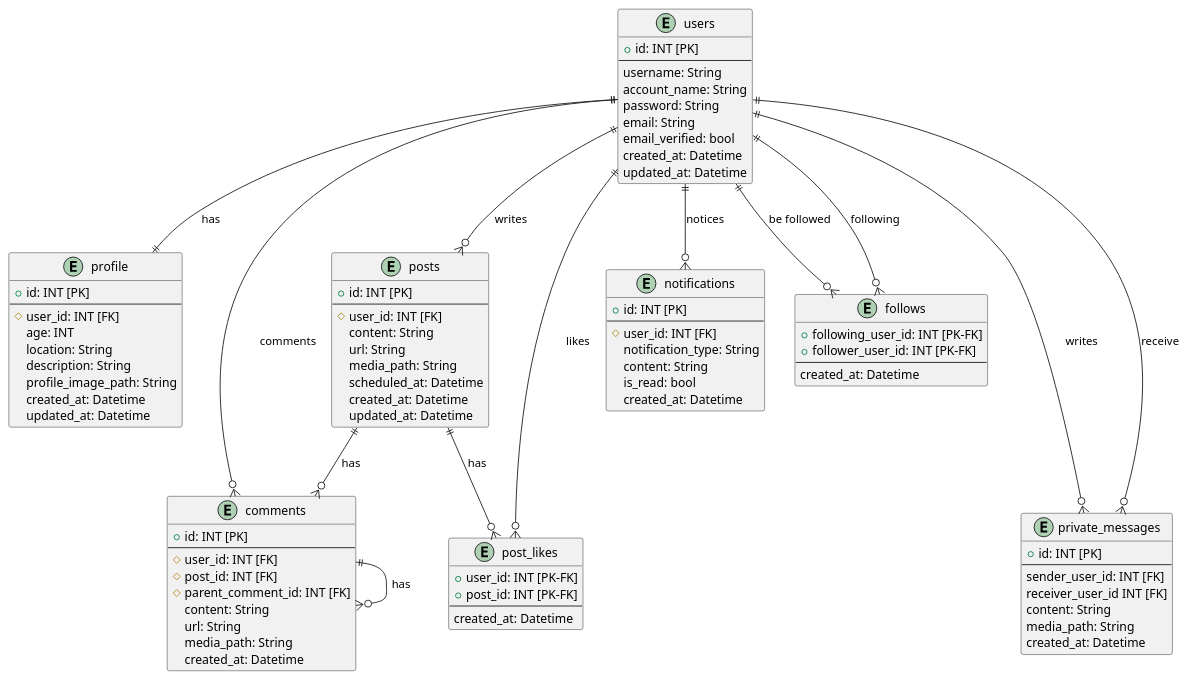
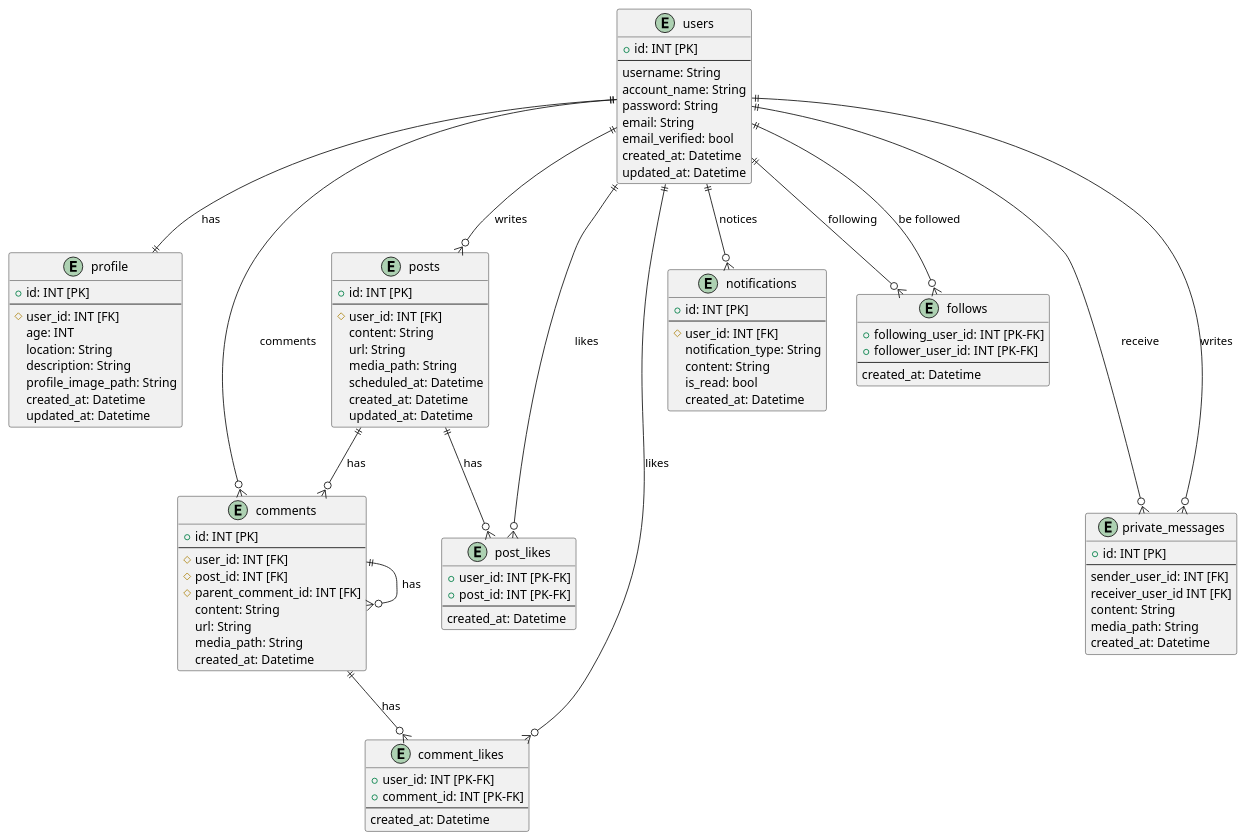
The diagram in diagrams/er/er.pu (AkinoJoey/SocialNetworkingService), drawn with PlantUML before and after one commit.

Commit message:
comment_likesエンティティを追加

```diff
--- a/diagrams/er/er.pu
+++ b/diagrams/er/er.pu
@@ -1,99 +1,108 @@
 @startuml er
 
 Entity users{
     + id: INT [PK]
     --
     username: String
     account_name: String
     password: String
     email: String
     email_verified: bool
     created_at: Datetime
     updated_at: Datetime
 }
 
 Entity profile{
     + id: INT [PK]
     --
     # user_id: INT [FK]
     age: INT
     location: String
     description: String
     profile_image_path: String
     created_at: Datetime
     updated_at: Datetime
 }
 
 Entity posts{
     + id: INT [PK]
     --
     # user_id: INT [FK]
     content: String
     url: String
     media_path: String
     scheduled_at: Datetime
     created_at: Datetime
     updated_at: Datetime
 }
 
 Entity comments{
     + id: INT [PK]
     --
     # user_id: INT [FK]
     # post_id: INT [FK]
     # parent_comment_id: INT [FK]
     content: String
     url: String
     media_path: String
     created_at: Datetime
 }
 
 Entity post_likes{
     + user_id: INT [PK-FK]
     + post_id: INT [PK-FK]
     --
     created_at: Datetime
 }
 
+Entity comment_likes{
+    + user_id: INT [PK-FK]
+    + comment_id: INT [PK-FK]
+    --
+    created_at: Datetime
+}
+
 Entity notifications{
     + id: INT [PK]
     --
     # user_id: INT [FK]
     notification_type: String
     content: String
     is_read: bool
     created_at: Datetime
 }
 
 Entity follows{
     + following_user_id: INT [PK-FK]
     + follower_user_id: INT [PK-FK]
     --
     created_at: Datetime
 }
 
 Entity private_messages{
     + id: INT [PK]
     --
     sender_user_id: INT [FK]
     receiver_user_id INT [FK]
     content: String
     media_path: String
     created_at: Datetime
 }
 
 
 users ||--o{ posts: writes
 users ||--o{ comments: comments
 posts ||--o{ comments: has
 posts ||--o{ post_likes: has
+comments ||--o{ comment_likes: has
 comments ||--o{ comments: has
 users ||--o{ follows: following
 users ||--o{ follows: be followed
 users ||---o{ private_messages: writes
 users ||---o{ private_messages: receive
 users ||--o{ notifications: notices
 users ||--o{ post_likes: likes
+users ||--o{ comment_likes: likes
 users ||--|| profile: has
 
 @enduml
```
